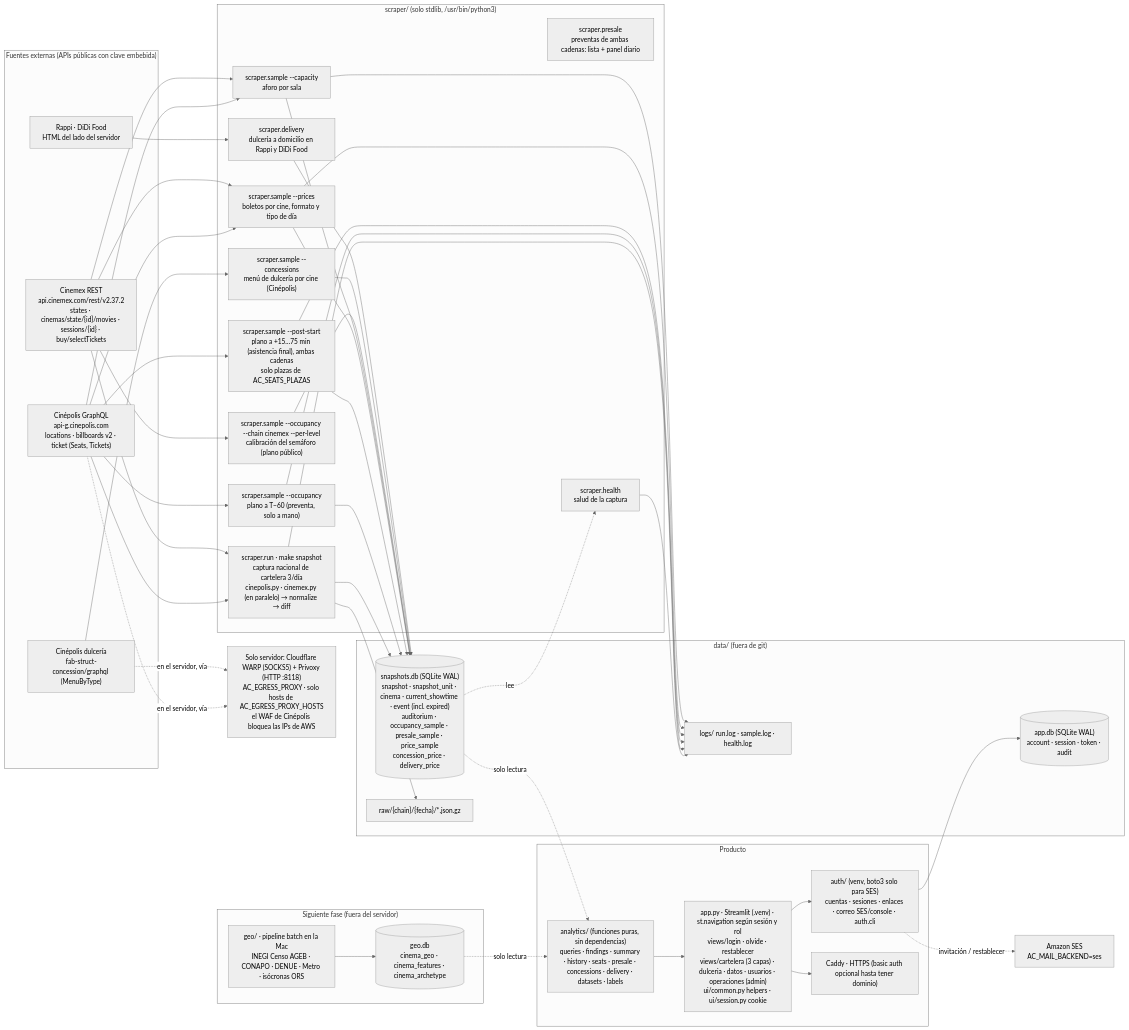
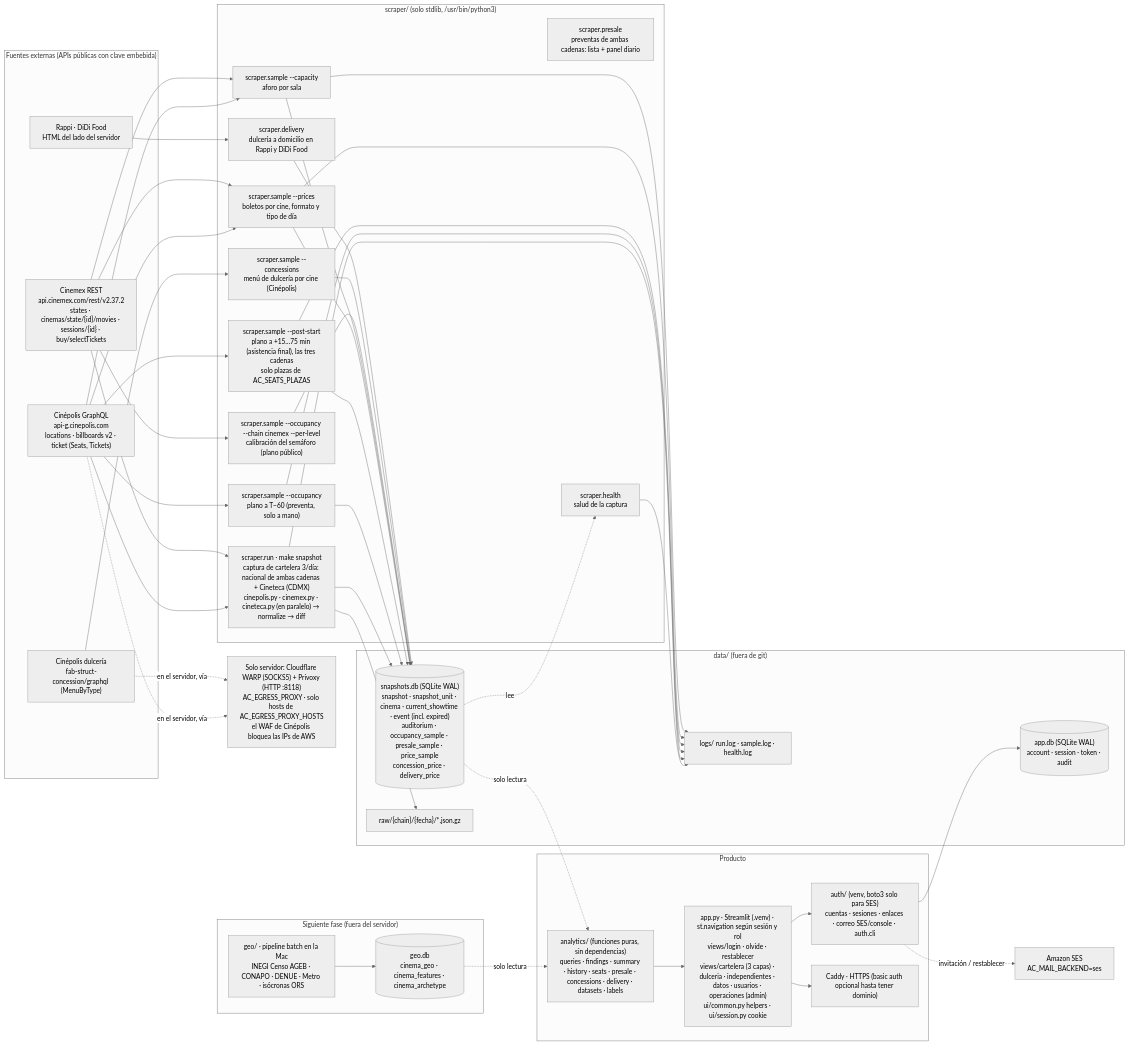
Before and after one commit to David-Lazaro-Fernandez/absolut-cinema: the diagram in ARCHITECTURE.md, drawn with Mermaid (neutral theme). The commit also changed other lines of this file and 42 other files, not shown here.

First line of the commit message:
Cineteca Nacional: captura como tercera cadena y página Independientes fuera del head-to-head

````diff
--- a/ARCHITECTURE.md
+++ b/ARCHITECTURE.md
@@ -9,61 +9,61 @@
 ```mermaid
 flowchart LR
     subgraph fuentes["Fuentes externas (APIs públicas con clave embebida)"]
         CPL["Cinépolis GraphQL<br/>api-g.cinepolis.com<br/>locations · billboards v2 · ticket (Seats, Tickets)"]
         CMX["Cinemex REST<br/>api.cinemex.com/rest/v2.37.2<br/>states · cinemas/state/{id}/movies · sessions/{id} · buy/selectTickets"]
         CPF["Cinépolis dulcería<br/>fab-struct-concession/graphql (MenuByType)"]
         DEL["Rappi · DiDi Food<br/>HTML del lado del servidor"]
     end
 
     WARP["Solo servidor: Cloudflare WARP (SOCKS5) + Privoxy (HTTP :8118)<br/>AC_EGRESS_PROXY · solo hosts de AC_EGRESS_PROXY_HOSTS<br/>el WAF de Cinépolis bloquea las IPs de AWS"]
 
     subgraph scraper["scraper/ (solo stdlib, /usr/bin/python3)"]
-        RUN["scraper.run · make snapshot<br/>captura nacional de cartelera 3/día<br/>cinepolis.py · cinemex.py (en paralelo) → normalize → diff"]
+        RUN["scraper.run · make snapshot<br/>captura de cartelera 3/día: nacional de ambas cadenas + Cineteca (CDMX)<br/>cinepolis.py · cinemex.py · cineteca.py (en paralelo) → normalize → diff"]
         OCC["scraper.sample --occupancy<br/>plano a T−60 (preventa, solo a mano)"]
-        POST["scraper.sample --post-start<br/>plano a +15…75 min (asistencia final), ambas cadenas<br/>solo plazas de AC_SEATS_PLAZAS"]
+        POST["scraper.sample --post-start<br/>plano a +15…75 min (asistencia final), las tres cadenas<br/>solo plazas de AC_SEATS_PLAZAS"]
         PRE["scraper.presale<br/>preventas de ambas cadenas: lista + panel diario"]
         PRICE["scraper.sample --prices<br/>boletos por cine, formato y tipo de día"]
         CAP["scraper.sample --capacity<br/>aforo por sala"]
         CAL["scraper.sample --occupancy --chain cinemex --per-level<br/>calibración del semáforo (plano público)"]
         CONC["scraper.sample --concessions<br/>menú de dulcería por cine (Cinépolis)"]
         DLV["scraper.delivery<br/>dulcería a domicilio en Rappi y DiDi Food"]
         HEALTH["scraper.health<br/>salud de la captura"]
     end
 
     subgraph datos["data/ (fuera de git)"]
         DB[("snapshots.db (SQLite WAL)<br/>snapshot · snapshot_unit · cinema · current_showtime · event (incl. expired)<br/>auditorium · occupancy_sample · presale_sample · price_sample<br/>concession_price · delivery_price")]
         APPDB[("app.db (SQLite WAL)<br/>account · session · token · audit")]
         RAW["raw/{chain}/{fecha}/*.json.gz"]
         LOGS["logs/ run.log · sample.log · health.log"]
     end
 
     subgraph producto["Producto"]
         AN["analytics/ (funciones puras, sin dependencias)<br/>queries · findings · summary · history · seats · presale · concessions · delivery · datasets · labels"]
         AUTH["auth/ (venv, boto3 solo para SES)<br/>cuentas · sesiones · enlaces · correo SES/console · auth.cli"]
-        APP["app.py · Streamlit (.venv) · st.navigation según sesión y rol<br/>views/login · olvide · restablecer<br/>views/cartelera (3 capas) · dulceria · datos · usuarios · operaciones (admin)<br/>ui/common.py helpers · ui/session.py cookie"]
+        APP["app.py · Streamlit (.venv) · st.navigation según sesión y rol<br/>views/login · olvide · restablecer<br/>views/cartelera (3 capas) · dulceria · independientes · datos · usuarios · operaciones (admin)<br/>ui/common.py helpers · ui/session.py cookie"]
         CADDY["Caddy · HTTPS (basic auth opcional hasta tener dominio)"]
     end
 
     CPL -. en el servidor, vía .-> WARP
     CPF -. en el servidor, vía .-> WARP
     CPL --> RUN
     CMX --> RUN
     CPL --> OCC & POST & PRICE & CAP
     CMX --> PRICE & CAP & CAL
     CPF --> CONC
     DEL --> DLV
     RUN --> DB & RAW
     OCC & POST & PRICE & CAP & CAL & CONC & DLV --> DB
     DB -. lee .-> HEALTH
     HEALTH --> LOGS
     RUN & OCC & POST & PRICE & CAP --> LOGS
     DB -. solo lectura .-> AN --> APP --> CADDY
     APP --> AUTH --> APPDB
     AUTH -. invitación / restablecer .-> SES["Amazon SES<br/>AC_MAIL_BACKEND=ses"]
 
     subgraph futuro["Siguiente fase (fuera del servidor)"]
         GEO["geo/ · pipeline batch en la Mac<br/>INEGI Censo AGEB · CONAPO · DENUE · Metro · isócronas ORS"]
         GEODB[("geo.db<br/>cinema_geo · cinema_features · cinema_archetype")]
     end
     GEO --> GEODB -. solo lectura .-> AN
 ```
````
